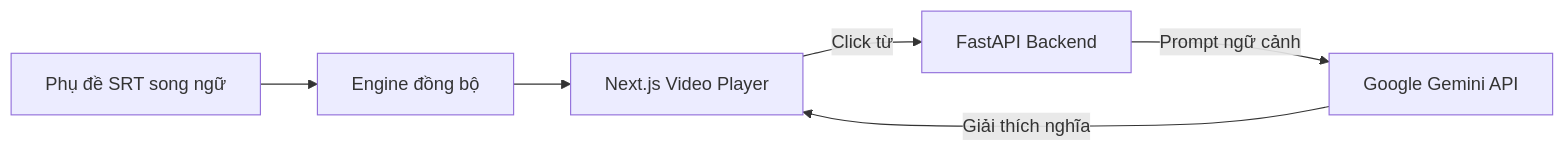
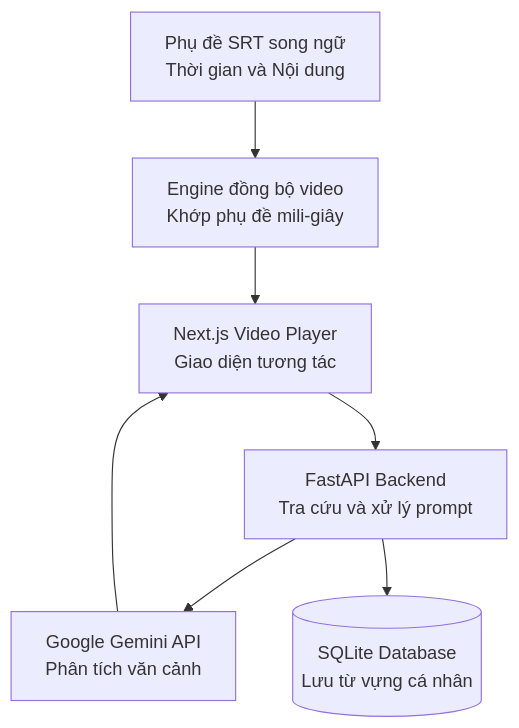
One commit to nguyengoctin/my_website changed the diagram in content/posts/bilingual-movie-learning-platform.md. Above: the diagram before and after it, drawn with Mermaid. The commit also changed 34 other files, not shown here.

````diff
--- a/content/posts/bilingual-movie-learning-platform.md
+++ b/content/posts/bilingual-movie-learning-platform.md
@@ -24,13 +24,15 @@
 ```mermaid
-flowchart LR
-    Sub["`Phụ đề SRT song ngữ`"]
-    Sync["`Engine đồng bộ`"]
-    UI["`Next.js Video Player`"]
-    API["`FastAPI Backend`"]
-    Gemini["`Google Gemini API`"]
+flowchart TD
+    Sub["Phụ đề SRT song ngữ<br/>Thời gian và Nội dung"]
+    Sync["Engine đồng bộ video<br/>Khớp phụ đề mili-giây"]
+    UI["Next.js Video Player<br/>Giao diện tương tác"]
+    API["FastAPI Backend<br/>Tra cứu và xử lý prompt"]
+    Gemini["Google Gemini API<br/>Phân tích văn cảnh"]
+    DictDB[("SQLite Database<br/>Lưu từ vựng cá nhân")]
     Sub --> Sync
     Sync --> UI
-    UI -->|Click từ| API
-    API -->|Prompt ngữ cảnh| Gemini
-    Gemini -->|Giải thích nghĩa| UI
+    UI --> API
+    API --> Gemini
+    API --> DictDB
+    Gemini --> UI
 ```
````
